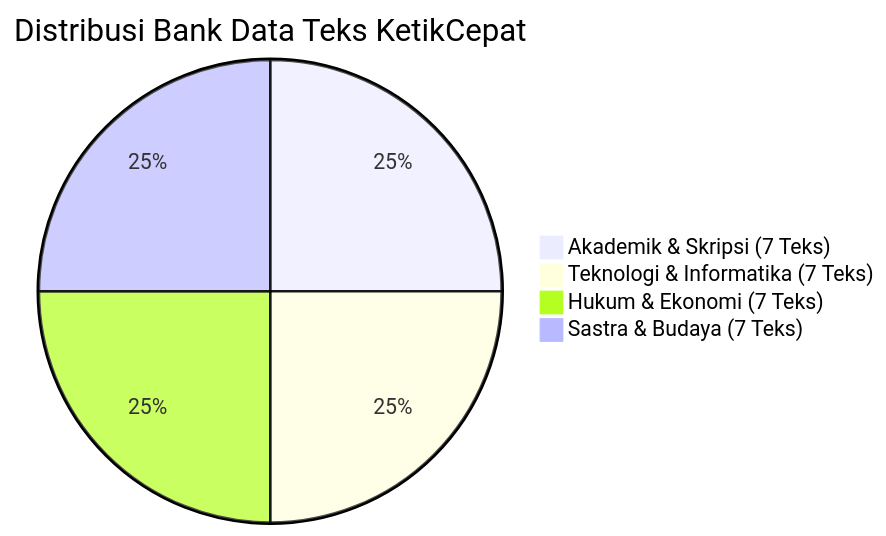
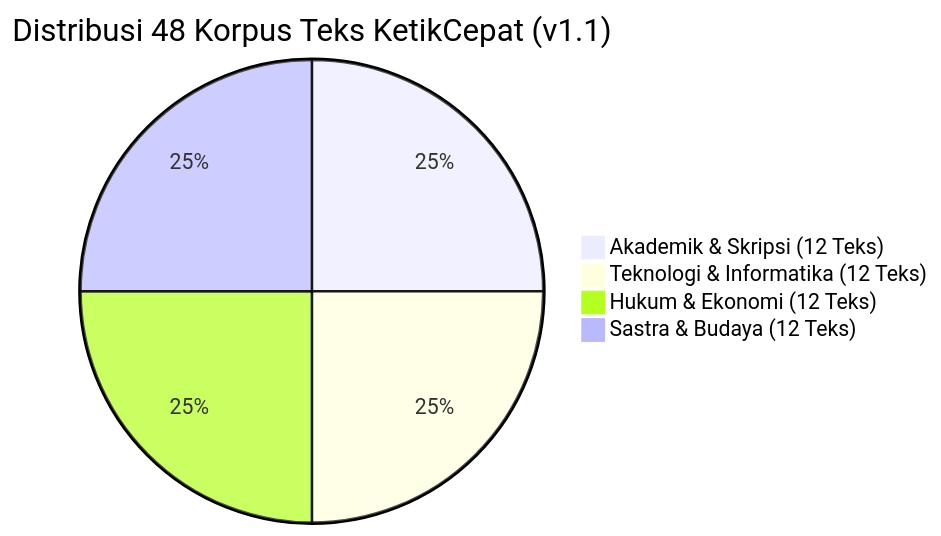
The second of 2 diagrams in DOKUMENTASI_PRODUK.md (artudiei/KetikCepat), drawn with Mermaid before and after one commit. The commit also changed other lines of this file and 4 other files, not shown here.

````diff
--- a/DOKUMENTASI_PRODUK.md
+++ b/DOKUMENTASI_PRODUK.md
@@ -97,7 +84,7 @@
 ```mermaid
-pie title Distribusi Bank Data Teks KetikCepat
-    "Akademik & Skripsi (7 Teks)" : 25
-    "Teknologi & Informatika (7 Teks)" : 25
-    "Hukum & Ekonomi (7 Teks)" : 25
-    "Sastra & Budaya (7 Teks)" : 25
+pie title Distribusi 48 Korpus Teks KetikCepat (v1.1)
+    "Akademik & Skripsi (12 Teks)" : 25
+    "Teknologi & Informatika (12 Teks)" : 25
+    "Hukum & Ekonomi (12 Teks)" : 25
+    "Sastra & Budaya (12 Teks)" : 25
 ```
````
